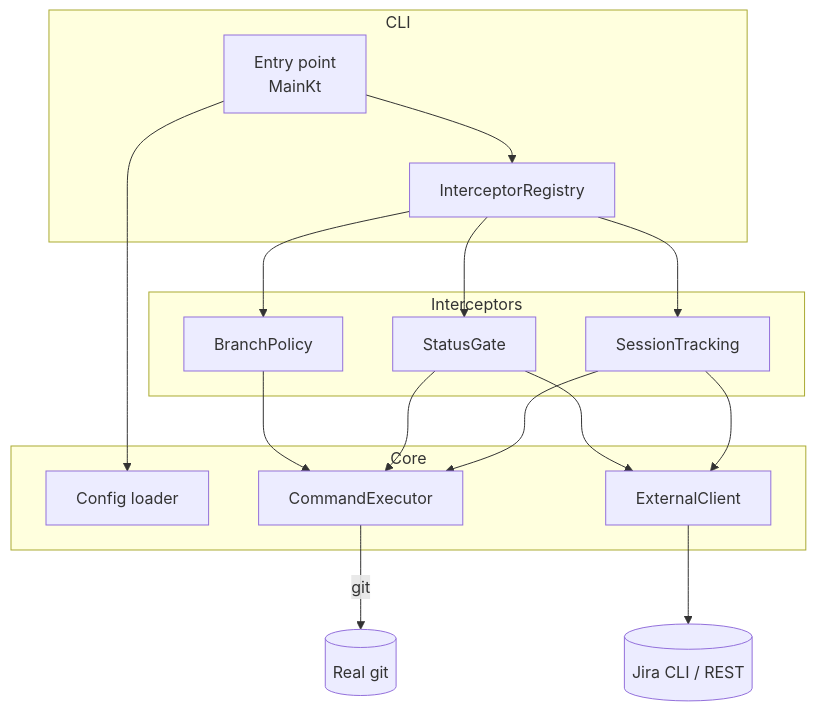
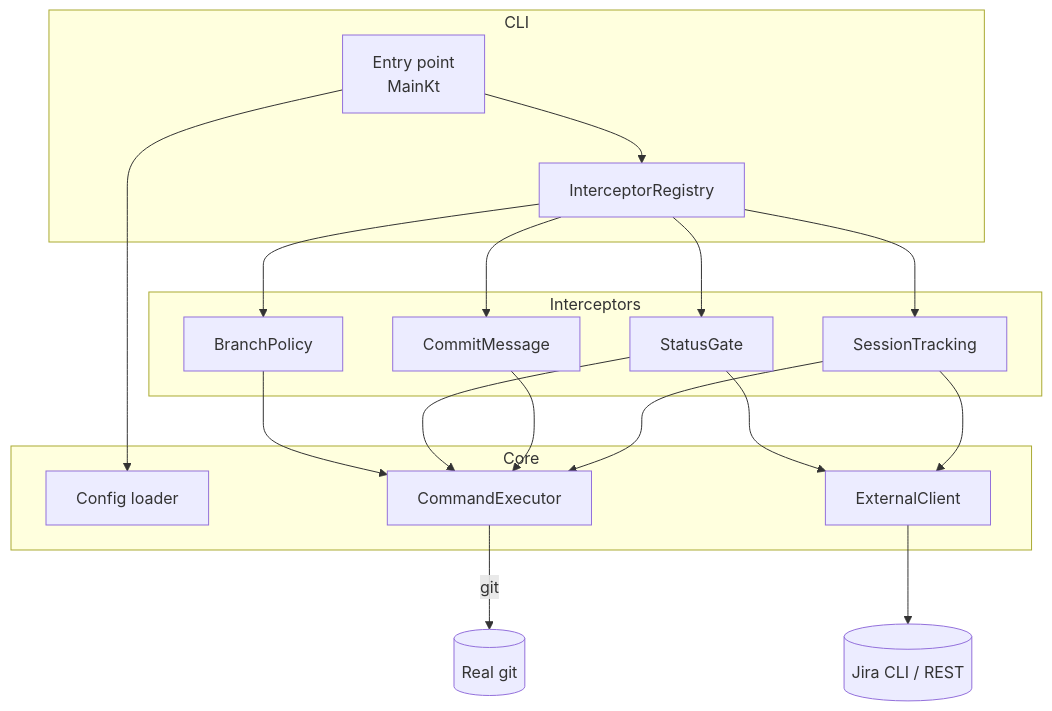
Before and after one commit to amichne/kapture: the diagram in docs/architecture.md, drawn with Mermaid. The commit also changed other lines of this file and 25 other files, not shown here.

````diff
--- a/docs/architecture.md
+++ b/docs/architecture.md
@@ -16,32 +15,35 @@
 ```mermaid
 flowchart TD
     subgraph CLI
         Entry[Entry point\nMainKt]
         Registry[InterceptorRegistry]
     end
 
     subgraph Core
         Config[Config loader]
         Exec[CommandExecutor]
         External[ExternalClient]
     end
 
     subgraph Interceptors
         Branch[BranchPolicy]
         Status[StatusGate]
+        Commit[CommitMessage]
         Session[SessionTracking]
     end
 
     Entry --> Config
     Entry --> Registry
     Registry --> Branch
     Registry --> Status
+    Registry --> Commit
     Registry --> Session
     Branch --> Exec
     Status --> Exec
+    Commit --> Exec
     Session --> Exec
     Exec -->|git| RealGit[(Real git)]
     Status --> External
     Session --> External
     External --> Jira[(Jira CLI / REST)]
 ```
````
